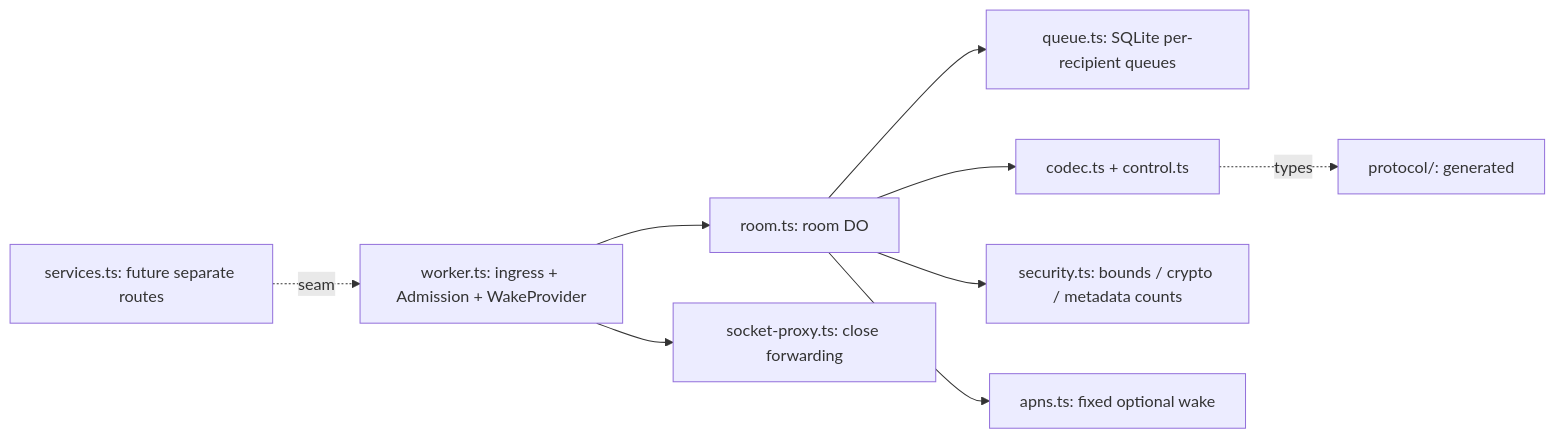
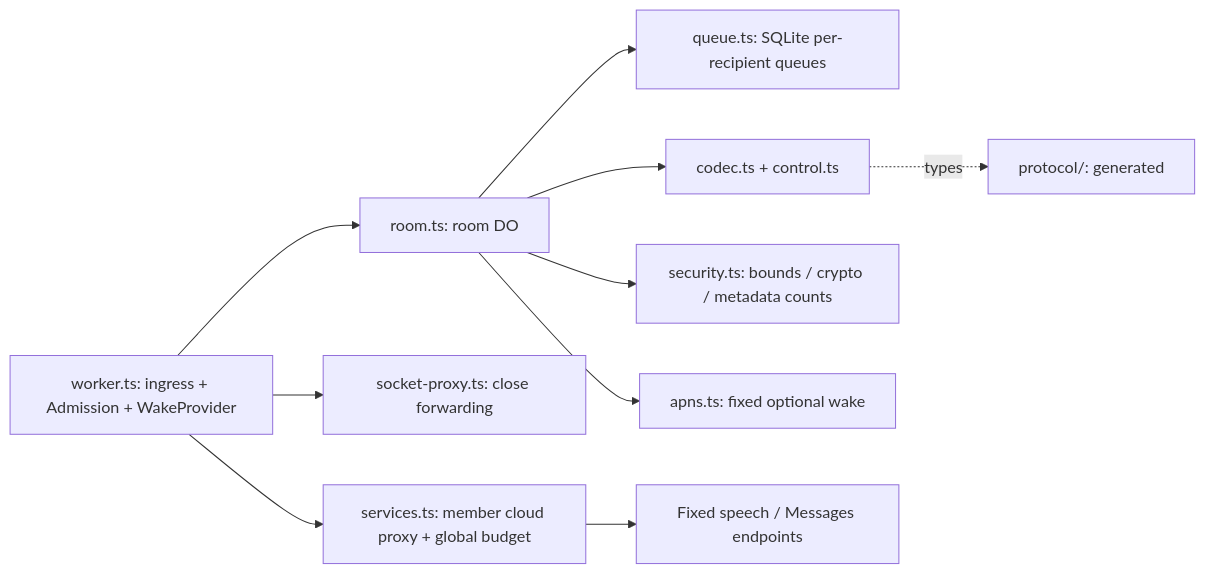
Before and after one commit to Harwasch/voiceremote: the diagram in SW/relay/src/README.md, drawn with Mermaid. The commit also changed other lines of this file and 14 other files, not shown here.

Commit message:
SW: relay proxy for cloud speech and Claude

````diff
--- a/SW/relay/src/README.md
+++ b/SW/relay/src/README.md
@@ -1,11 +1,12 @@
 ```mermaid
 flowchart LR
   Worker[worker.ts: ingress + Admission + WakeProvider] --> Room[room.ts: room DO]
   Worker --> Proxy[socket-proxy.ts: close forwarding]
   Room --> Queue[queue.ts: SQLite per-recipient queues]
   Room --> Codec[codec.ts + control.ts]
   Codec -. types .-> Protocol[protocol/: generated]
   Room --> Security[security.ts: bounds / crypto / metadata counts]
   Room --> APNs[apns.ts: fixed optional wake]
-  Future[services.ts: future separate routes] -. seam .-> Worker
+  Worker --> Cloud[services.ts: member cloud proxy + global budget]
+  Cloud --> Vendors[Fixed speech / Messages endpoints]
 ```
````
